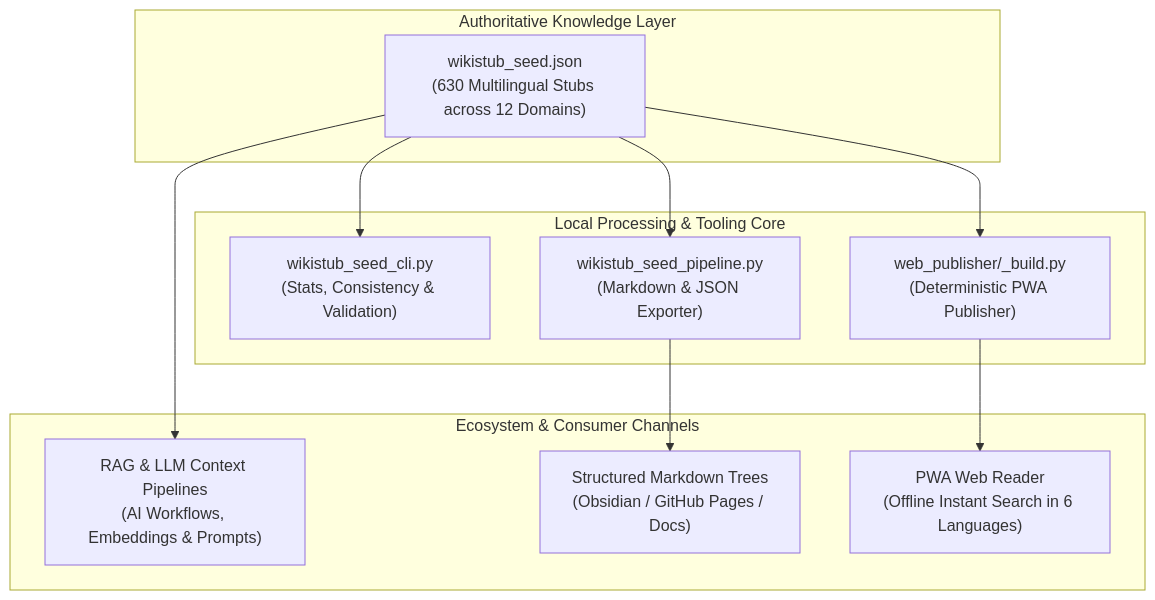
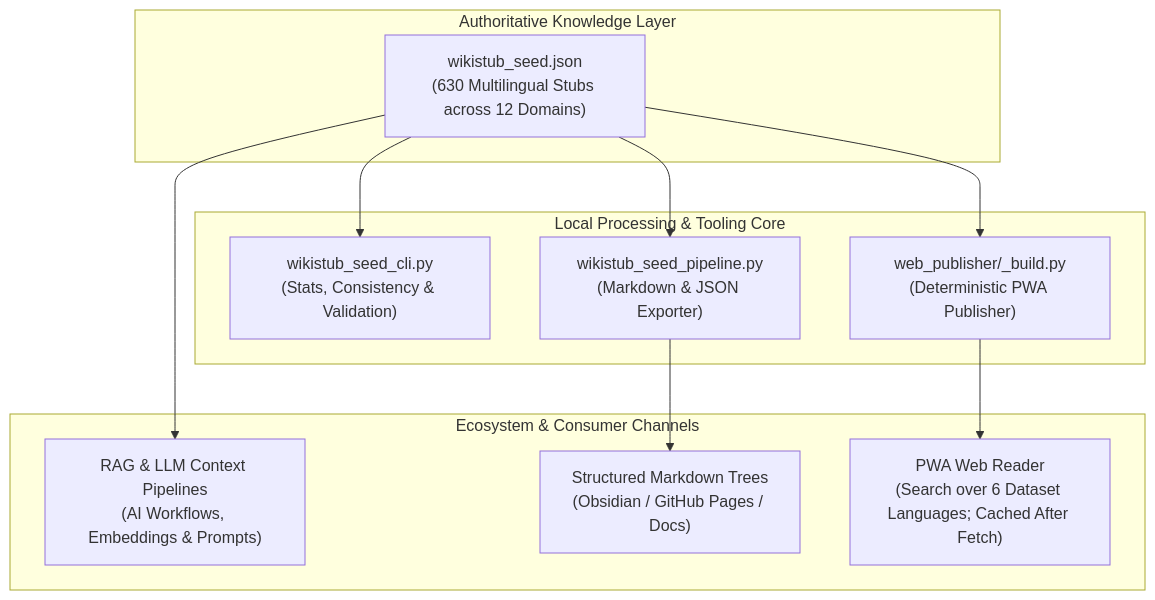
The first of 2 diagrams in README.md (dev-bricks/WikiStub-Seed), drawn with Mermaid before and after one commit. The commit also changed other lines of this file and 32 other files, not shown here.

````diff
--- a/README.md
+++ b/README.md
@@ -94,22 +87,22 @@
 ```mermaid
 flowchart TD
     subgraph Data_Layer["Authoritative Knowledge Layer"]
         A["wikistub_seed.json<br/>(630 Multilingual Stubs across 12 Domains)"]
     end
     subgraph Processing_Core["Local Processing & Tooling Core"]
         B["wikistub_seed_cli.py<br/>(Stats, Consistency & Validation)"]
         C["wikistub_seed_pipeline.py<br/>(Markdown & JSON Exporter)"]
         D["web_publisher/_build.py<br/>(Deterministic PWA Publisher)"]
     end
     subgraph Integration_Layer["Ecosystem & Consumer Channels"]
         E["RAG & LLM Context Pipelines<br/>(AI Workflows, Embeddings & Prompts)"]
         F["Structured Markdown Trees<br/>(Obsidian / GitHub Pages / Docs)"]
-        G["PWA Web Reader<br/>(Offline Instant Search in 6 Languages)"]
+        G["PWA Web Reader<br/>(Search over 6 Dataset Languages; Cached After Fetch)"]
     end
     A --> B
     A --> C
     A --> D
     A --> E
     C --> F
     D --> G
 ```
````
